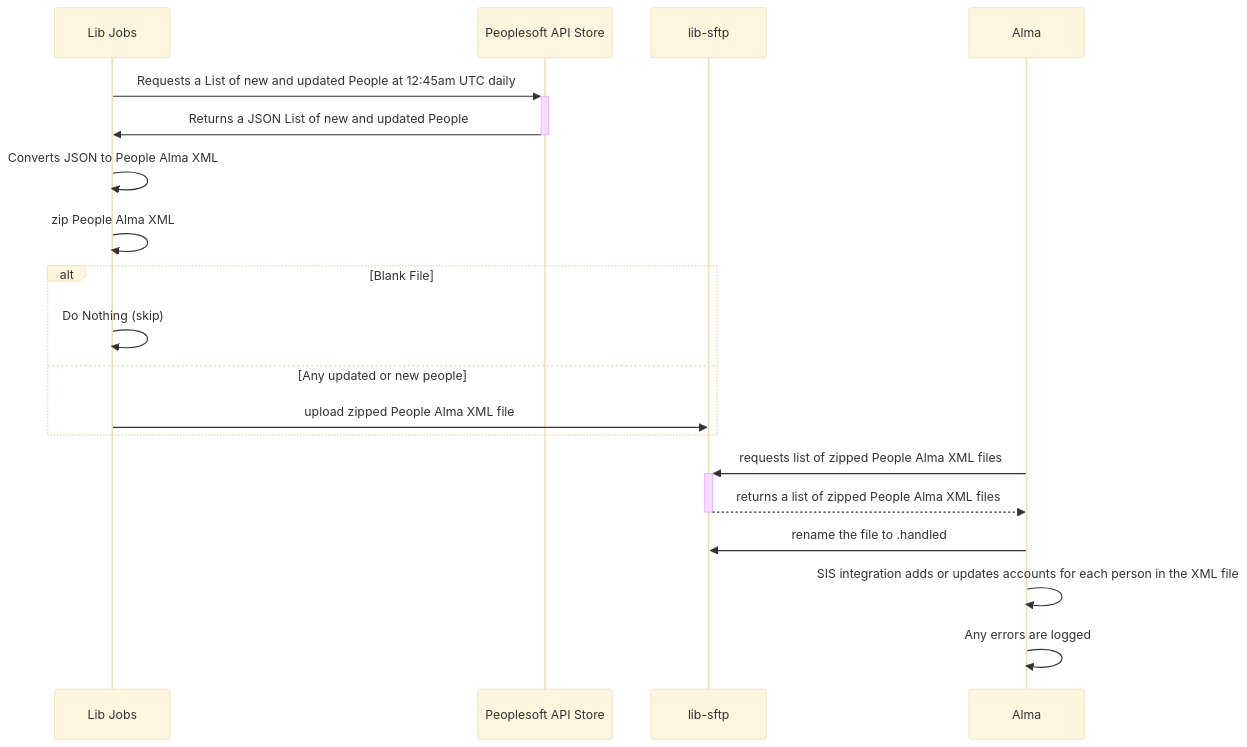
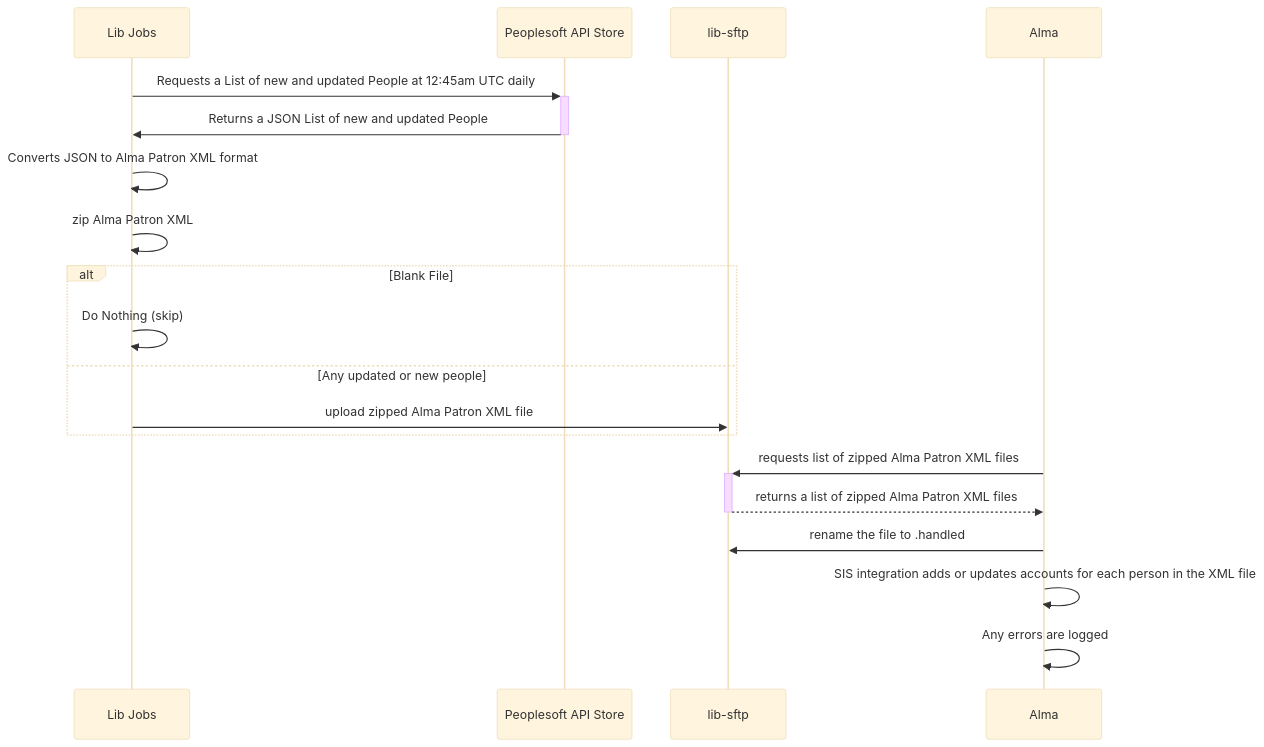
One commit to pulibrary/lib_jobs changed the diagram in docs/alma_people/README.md. Above: the diagram before and after it, drawn with Mermaid (base theme).

Commit message:
Refining the alma people chart

````diff
--- a/docs/alma_people/README.md
+++ b/docs/alma_people/README.md
@@ -7,17 +7,17 @@
 ```mermaid
 sequenceDiagram
     Lib Jobs->>+Peoplesoft API Store: Requests a List of new and updated People at 12:45am UTC daily
     Peoplesoft API Store->>-Lib Jobs: Returns a JSON List of new and updated People
-    Lib Jobs->>Lib Jobs: Converts JSON to People Alma XML
-    Lib Jobs->>Lib Jobs: zip People Alma XML
+    Lib Jobs->>Lib Jobs: Converts JSON to Alma Patron XML format
+    Lib Jobs->>Lib Jobs: zip Alma Patron XML
     alt Blank File    
       Lib Jobs->>Lib Jobs: Do Nothing (skip)
     else Any updated or new people
-      Lib Jobs->>lib-sftp: upload zipped People Alma XML file
+      Lib Jobs->>lib-sftp: upload zipped Alma Patron XML file
     end
-    Alma->>+lib-sftp: requests list of zipped People Alma XML files
-    lib-sftp-->>-Alma: returns a list of zipped People Alma XML files
+    Alma->>+lib-sftp: requests list of zipped Alma Patron XML files
+    lib-sftp-->>-Alma: returns a list of zipped Alma Patron XML files
     Alma->>lib-sftp: rename the file to .handled
     Alma->>Alma: SIS integration adds or updates accounts for each person in the XML file
     Alma->>Alma: Any errors are logged
 ```
````
